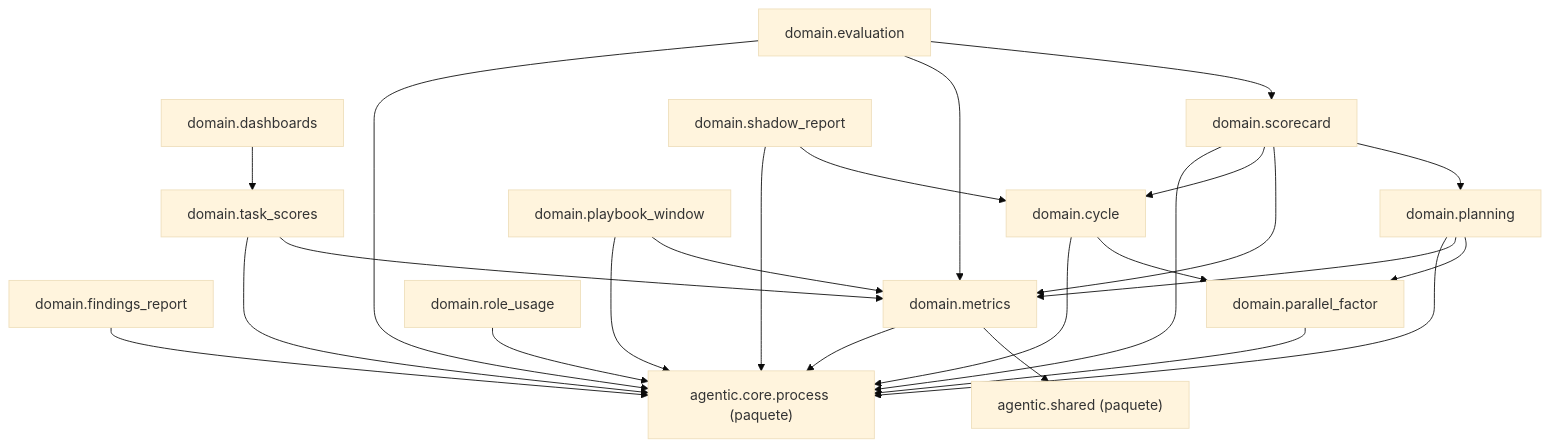
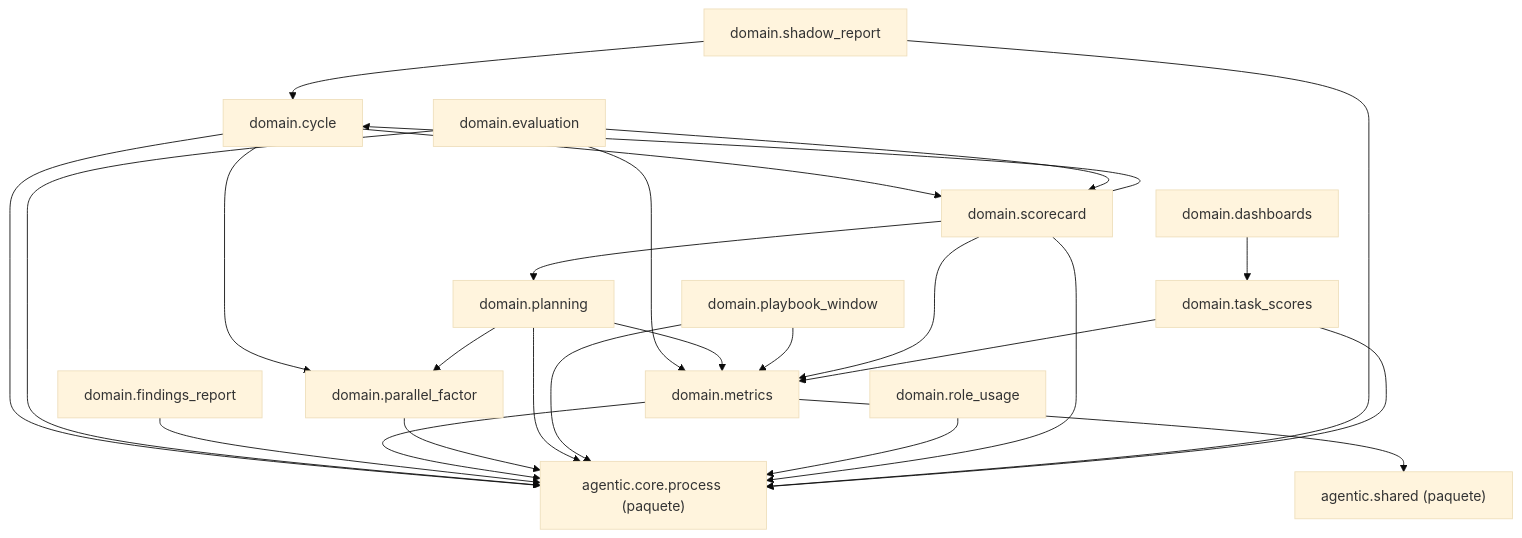
The diagram in docs/architecture/generated/packages-measurement-domain.md (GonzaloZevallos/agentic-system), drawn with Mermaid (base theme) before and after one commit. The commit also changed 6 other files, not shown here.

````diff
--- a/docs/architecture/generated/packages-measurement-domain.md
+++ b/docs/architecture/generated/packages-measurement-domain.md
@@ -8,41 +8,42 @@
 ```mermaid
 graph TD
     g_pkg__agentic__core__process["agentic.core.process (paquete)"]
     g_pkg__agentic__shared["agentic.shared (paquete)"]
     m_domain__cycle["domain.cycle"]
     m_domain__dashboards["domain.dashboards"]
     m_domain__evaluation["domain.evaluation"]
     m_domain__findings_report["domain.findings_report"]
     m_domain__metrics["domain.metrics"]
     m_domain__parallel_factor["domain.parallel_factor"]
     m_domain__planning["domain.planning"]
     m_domain__playbook_window["domain.playbook_window"]
     m_domain__role_usage["domain.role_usage"]
     m_domain__scorecard["domain.scorecard"]
     m_domain__shadow_report["domain.shadow_report"]
     m_domain__task_scores["domain.task_scores"]
     m_domain__cycle --> g_pkg__agentic__core__process
     m_domain__cycle --> m_domain__parallel_factor
+    m_domain__cycle --> m_domain__scorecard
     m_domain__dashboards --> m_domain__task_scores
     m_domain__evaluation --> g_pkg__agentic__core__process
     m_domain__evaluation --> m_domain__metrics
     m_domain__evaluation --> m_domain__scorecard
     m_domain__findings_report --> g_pkg__agentic__core__process
     m_domain__metrics --> g_pkg__agentic__core__process
     m_domain__metrics --> g_pkg__agentic__shared
     m_domain__parallel_factor --> g_pkg__agentic__core__process
     m_domain__planning --> g_pkg__agentic__core__process
     m_domain__planning --> m_domain__metrics
     m_domain__planning --> m_domain__parallel_factor
     m_domain__playbook_window --> g_pkg__agentic__core__process
     m_domain__playbook_window --> m_domain__metrics
     m_domain__role_usage --> g_pkg__agentic__core__process
     m_domain__scorecard --> g_pkg__agentic__core__process
     m_domain__scorecard --> m_domain__cycle
     m_domain__scorecard --> m_domain__metrics
     m_domain__scorecard --> m_domain__planning
     m_domain__shadow_report --> g_pkg__agentic__core__process
     m_domain__shadow_report --> m_domain__cycle
     m_domain__task_scores --> g_pkg__agentic__core__process
     m_domain__task_scores --> m_domain__metrics
 ```
````
